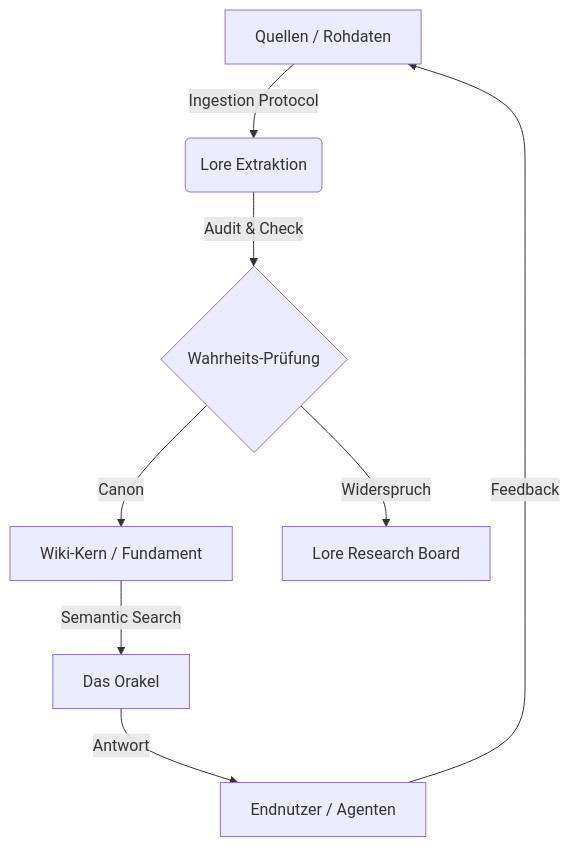
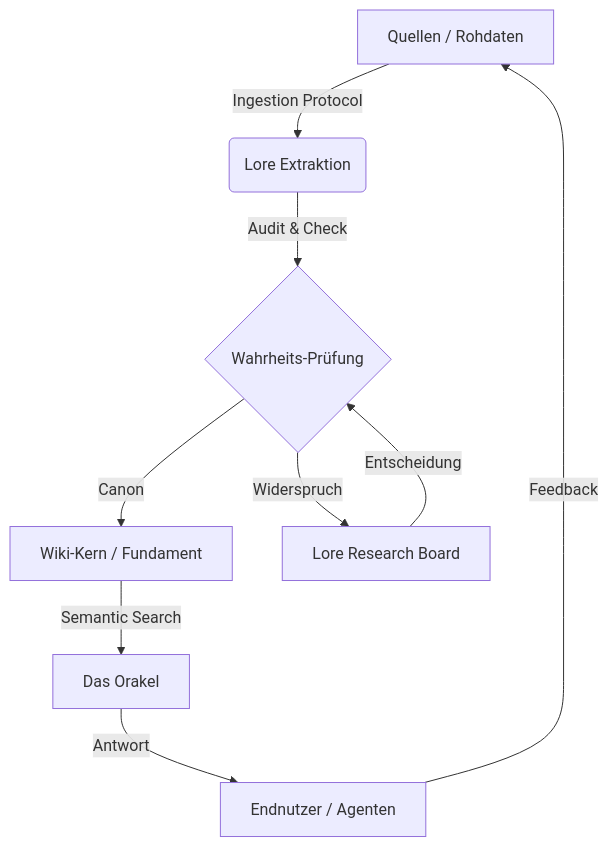
The diagram in README.md (Siebenwind/7w_wiki), drawn with Mermaid before and after one commit. The commit also changed other lines of this file and 3 other files, not shown here.

````diff
--- a/README.md
+++ b/README.md
@@ -40,10 +40,11 @@
 ```mermaid
 graph TD
     A[Quellen / Rohdaten] -->|Ingestion Protocol| B(Lore Extraktion)
     B -->|Audit & Check| C{Wahrheits-Prüfung}
     C -->|Canon| D[Wiki-Kern / Fundament]
     C -->|Widerspruch| E[Lore Research Board]
+    E -->|Entscheidung| C
     D -->|Semantic Search| F[Das Orakel]
     F -->|Antwort| G[Endnutzer / Agenten]
     G -->|Feedback| A
 ```
````
